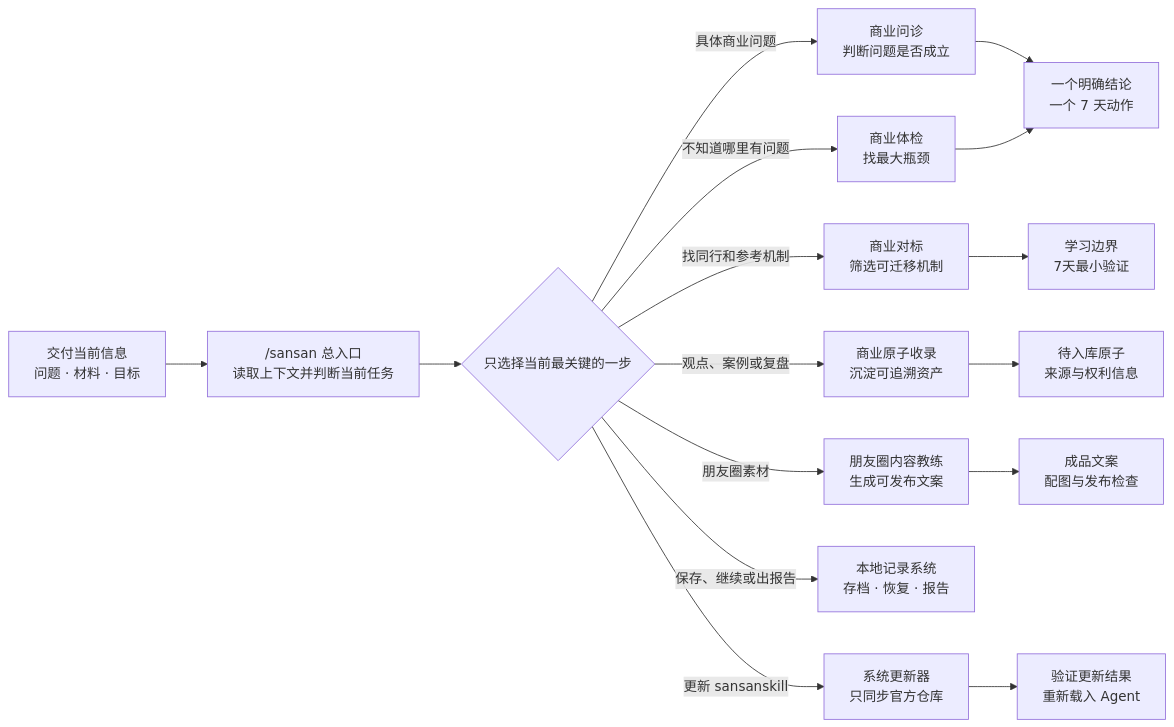
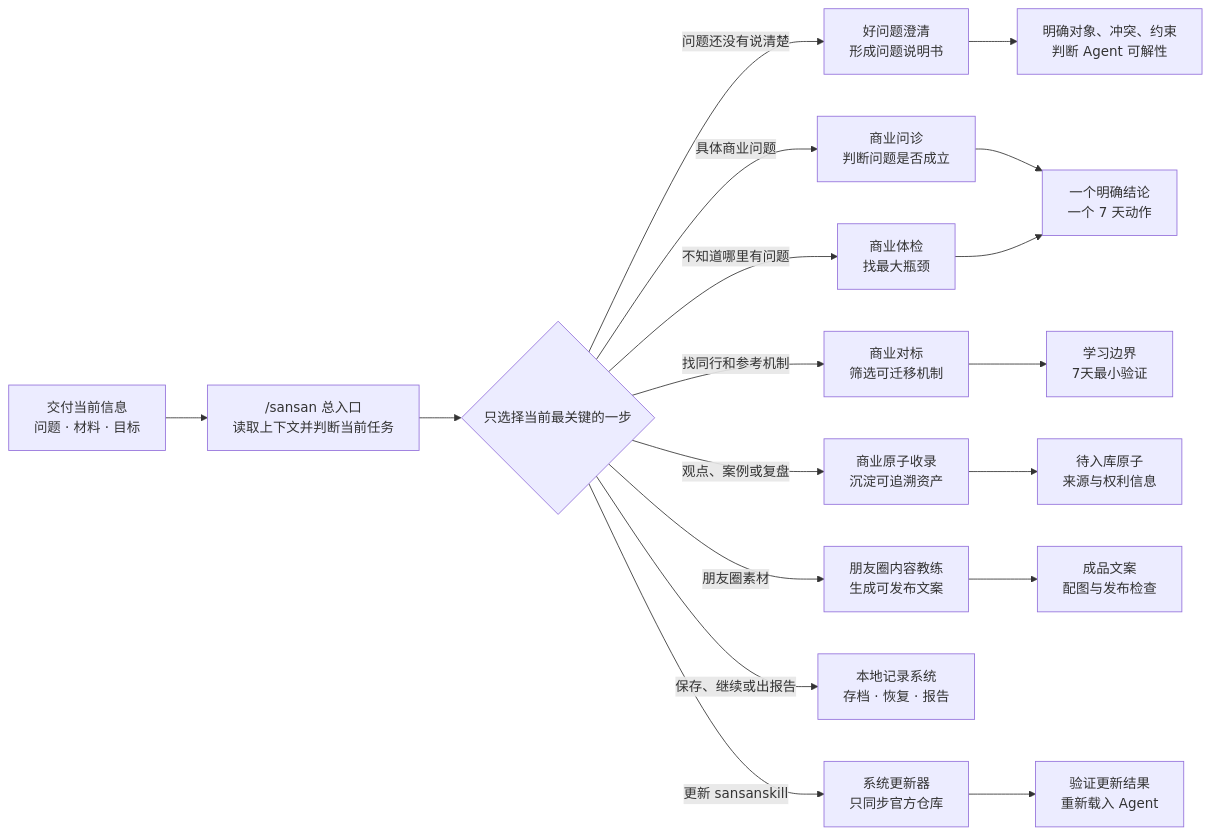
The diagram in README.md (sansan19900801/sansanskill), drawn with Mermaid before and after one commit. The commit also changed other lines of this file and 7 other files, not shown here.

````diff
--- a/README.md
+++ b/README.md
@@ -19,18 +19,20 @@
 ```mermaid
 flowchart LR
     A["交付当前信息<br/>问题 · 材料 · 目标"] --> B["/sansan 总入口<br/>读取上下文并判断当前任务"]
     B --> C{"只选择当前最关键的一步"}
+    C -->|问题还没有说清楚| P["好问题澄清<br/>形成问题说明书"]
     C -->|具体商业问题| D["商业问诊<br/>判断问题是否成立"]
     C -->|不知道哪里有问题| E["商业体检<br/>找最大瓶颈"]
     C -->|找同行和参考机制| N["商业对标<br/>筛选可迁移机制"]
     C -->|观点、案例或复盘| F["商业原子收录<br/>沉淀可追溯资产"]
     C -->|朋友圈素材| G["朋友圈内容教练<br/>生成可发布文案"]
     C -->|保存、继续或出报告| M["本地记录系统<br/>存档 · 恢复 · 报告"]
     C -->|更新 sansanskill| K["系统更新器<br/>只同步官方仓库"]
     D --> H["一个明确结论<br/>一个 7 天动作"]
     E --> H
     N --> O["学习边界<br/>7天最小验证"]
     F --> I["待入库原子<br/>来源与权利信息"]
     G --> J["成品文案<br/>配图与发布检查"]
     K --> L["验证更新结果<br/>重新载入 Agent"]
+    P --> Q["明确对象、冲突、约束<br/>判断 Agent 可解性"]
 ```
````
